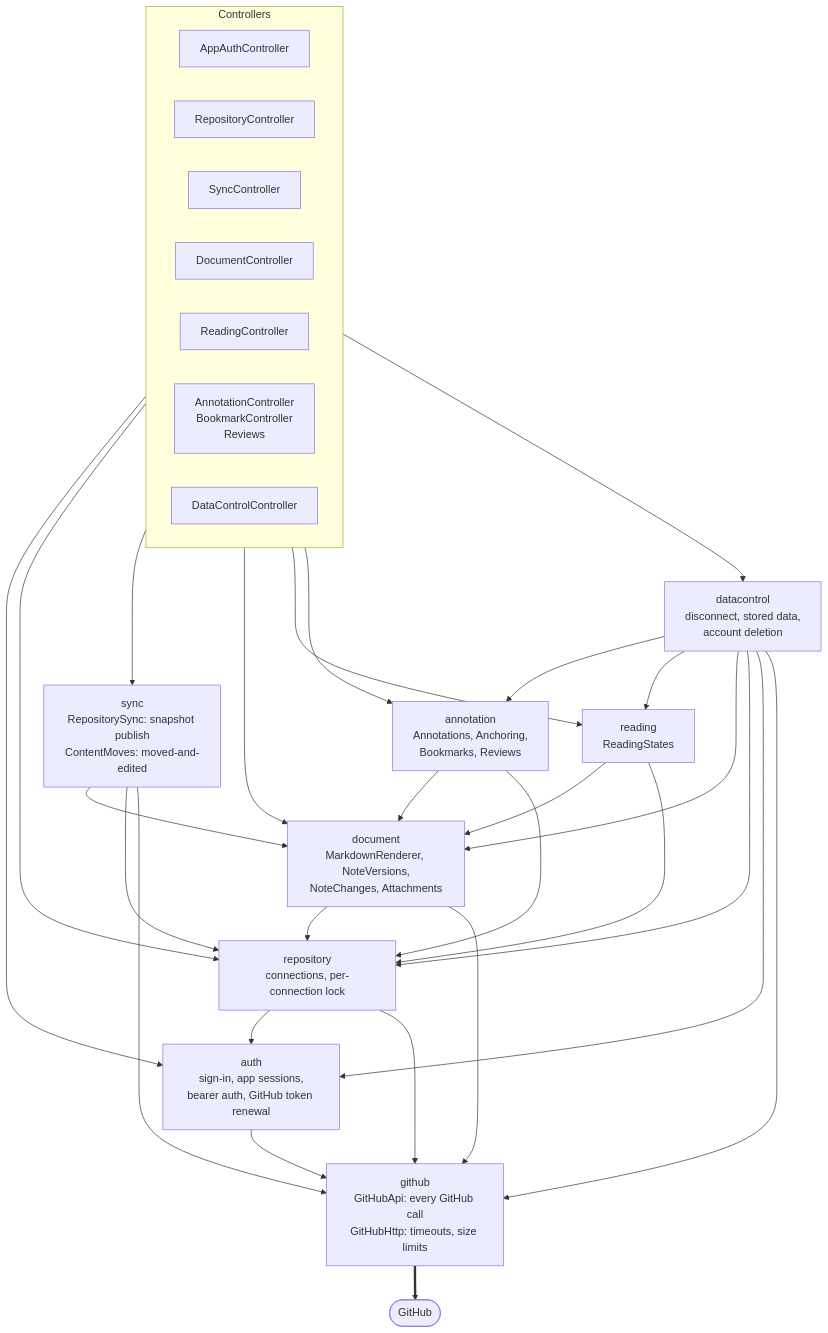
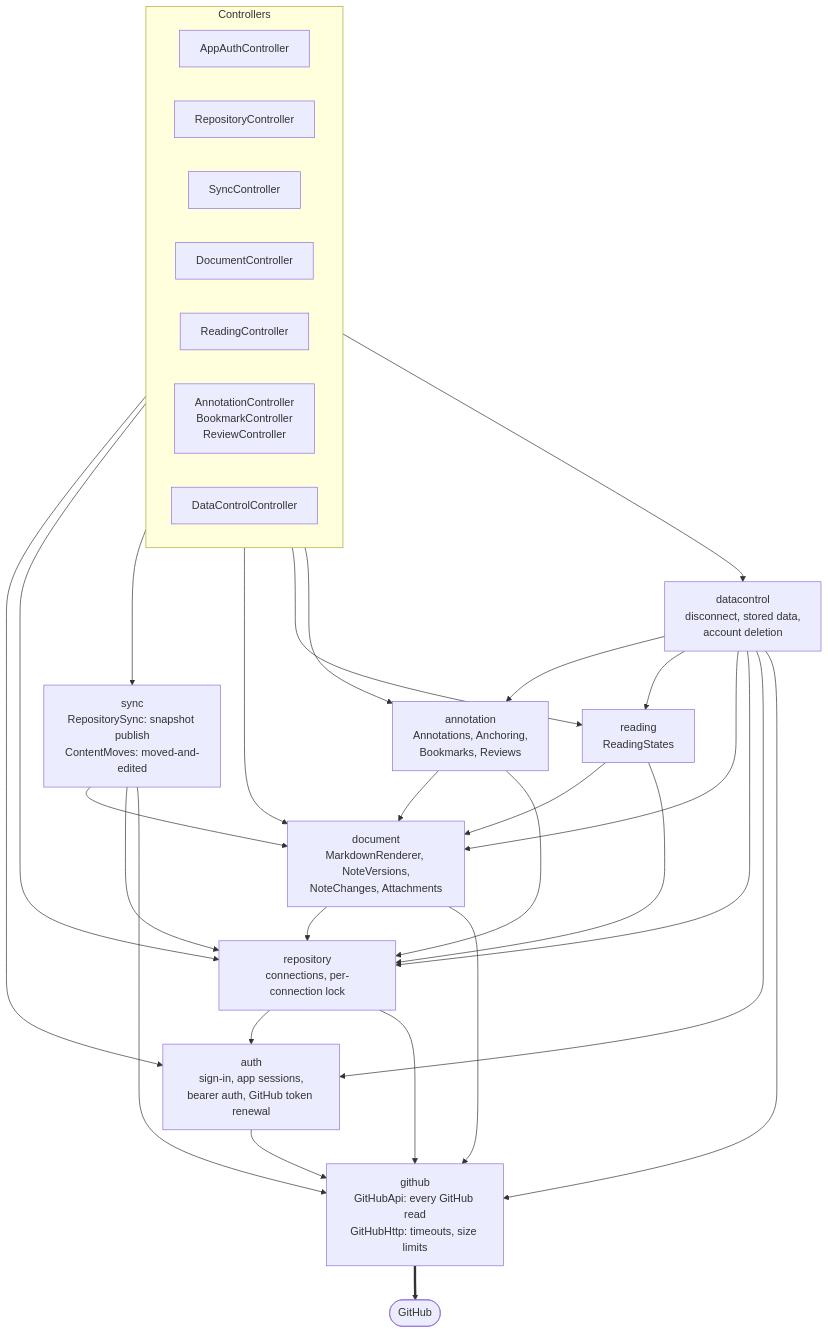
One commit to jaxwong/reporead changed the third of 12 diagrams in docs/architecture.md. Above: the diagram before and after it, drawn with Mermaid. The commit also changed other lines of this file and 11 other files, not shown here.

````diff
--- a/docs/architecture.md
+++ b/docs/architecture.md
@@ -95,51 +95,51 @@
 ```mermaid
 flowchart TB
     subgraph HTTP["Controllers"]
         direction LR
         AuthC["AppAuthController"]
         RepoC["RepositoryController"]
         SyncC["SyncController"]
         DocC["DocumentController"]
         ReadC["ReadingController"]
-        AnnC["AnnotationController<br/>BookmarkController<br/>Reviews"]
+        AnnC["AnnotationController<br/>BookmarkController<br/>ReviewController"]
         DataC["DataControlController"]
     end
 
     datacontrol["datacontrol<br/>disconnect, stored data,<br/>account deletion"]
     sync["sync<br/>RepositorySync: snapshot publish<br/>ContentMoves: moved-and-edited"]
     annotation["annotation<br/>Annotations, Anchoring,<br/>Bookmarks, Reviews"]
     reading["reading<br/>ReadingStates"]
     document["document<br/>MarkdownRenderer, NoteVersions,<br/>NoteChanges, Attachments"]
     repository["repository<br/>connections, per-connection lock"]
     auth["auth<br/>sign-in, app sessions,<br/>bearer auth, GitHub token renewal"]
-    github["github<br/>GitHubApi: every GitHub call<br/>GitHubHttp: timeouts, size limits"]
+    github["github<br/>GitHubApi: every GitHub read<br/>GitHubHttp: timeouts, size limits"]
 
     AuthC --> auth
     RepoC --> repository
     SyncC --> sync
     DocC --> document
     ReadC --> reading
     AnnC --> annotation
     DataC --> datacontrol
 
     datacontrol --> annotation
     datacontrol --> reading
     datacontrol --> document
     datacontrol --> repository
     datacontrol --> auth
     datacontrol --> github
     sync --> document
     sync --> repository
     sync --> github
     annotation --> document
     annotation --> repository
     reading --> document
     reading --> repository
     document --> repository
     document --> github
     repository --> auth
     repository --> github
     auth --> github
 
     github ==> GH(["GitHub"])
 ```
````
